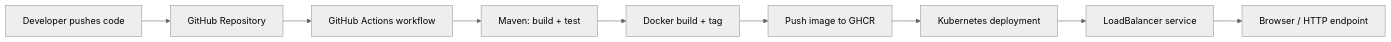
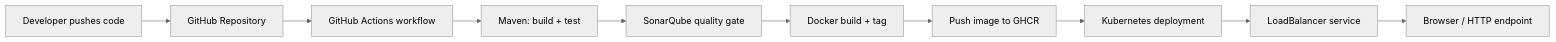
Before and after one commit to YashwantOstwal/devops: the diagram in README.md, drawn with Mermaid (neutral theme). The commit also changed other lines of this file and 9 other files, not shown here.

Commit message:
Demonstrate SonarQube blocking a null-pointer bug

````diff
--- a/README.md
+++ b/README.md
@@ -7,11 +7,12 @@
 ```mermaid
 flowchart LR
     A[Developer pushes code] --> B[GitHub Repository]
     B --> C[GitHub Actions workflow]
     C --> D[Maven: build + test]
-    D --> E[Docker build + tag]
+    D --> Q[SonarQube quality gate]
+    Q --> E[Docker build + tag]
     E --> F[Push image to GHCR]
     F --> G[Kubernetes deployment]
     G --> H[LoadBalancer service]
     H --> I[Browser / HTTP endpoint]
 ```
````
